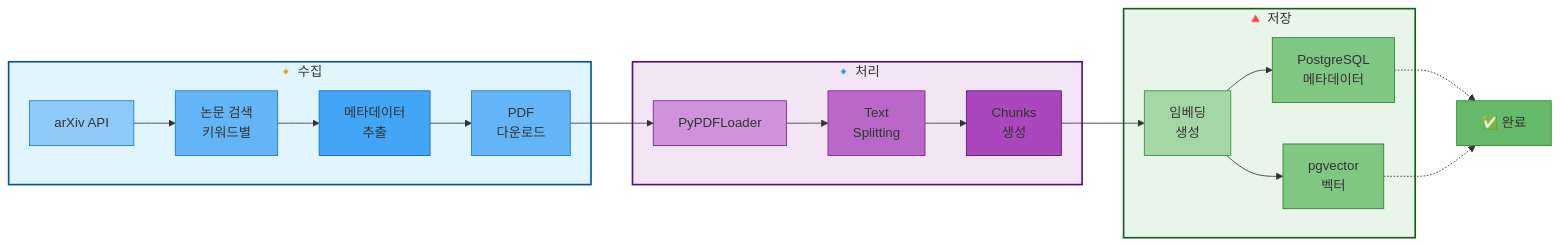
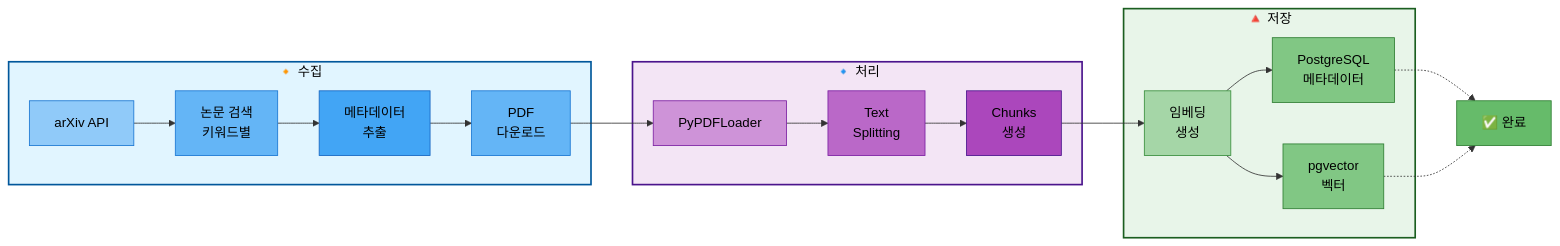
Before and after one commit to woghd8503/langchainproject-new-langchainproject_5: the first of 2 diagrams in docs/roles/담당역할_03_박재홍_논문데이터수집.md, drawn with Mermaid. The commit also changed other lines of this file and 3 other files, not shown here.

First line of the commit message:
docs: 역할 문서의 mermaid 다이어그램 텍스트 색상을 검정으로 통일

````diff
--- a/docs/roles/담당역할_03_박재홍_논문데이터수집.md
+++ b/docs/roles/담당역할_03_박재홍_논문데이터수집.md
@@ -41,39 +41,39 @@
 ```mermaid
 graph LR
     subgraph Collection["🔸 수집"]
         A[arXiv API] --> B[논문 검색<br/>키워드별]
         B --> C[메타데이터<br/>추출]
         C --> D[PDF<br/>다운로드]
     end
 
     subgraph Processing["🔹 처리"]
         D --> E[PyPDFLoader]
         E --> F[Text<br/>Splitting]
         F --> G[Chunks<br/>생성]
     end
 
     subgraph Storage["🔺 저장"]
         G --> H[임베딩<br/>생성]
         H --> I1[PostgreSQL<br/>메타데이터]
         H --> I2[pgvector<br/>벡터]
     end
 
     I1 -.-> J[✅ 완료]
     I2 -.-> J
 
-    style Collection fill:#e1f5ff,stroke:#01579b,stroke-width:2px
-    style Processing fill:#f3e5f5,stroke:#4a148c,stroke-width:2px
-    style Storage fill:#e8f5e9,stroke:#1b5e20,stroke-width:2px
+    style Collection fill:#e1f5ff,stroke:#01579b,stroke-width:2px,color:#000
+    style Processing fill:#f3e5f5,stroke:#4a148c,stroke-width:2px,color:#000
+    style Storage fill:#e8f5e9,stroke:#1b5e20,stroke-width:2px,color:#000
 
-    style A fill:#90caf9,stroke:#1976d2
-    style B fill:#64b5f6,stroke:#1976d2
-    style C fill:#42a5f5,stroke:#1565c0
-    style D fill:#64b5f6,stroke:#1976d2
-    style E fill:#ce93d8,stroke:#7b1fa2
-    style F fill:#ba68c8,stroke:#7b1fa2
-    style G fill:#ab47bc,stroke:#4a148c
-    style H fill:#a5d6a7,stroke:#388e3c
-    style I1 fill:#81c784,stroke:#2e7d32
-    style I2 fill:#81c784,stroke:#2e7d32
-    style J fill:#66bb6a,stroke:#2e7d32
+    style A fill:#90caf9,stroke:#1976d2,color:#000
+    style B fill:#64b5f6,stroke:#1976d2,color:#000
+    style C fill:#42a5f5,stroke:#1565c0,color:#000
+    style D fill:#64b5f6,stroke:#1976d2,color:#000
+    style E fill:#ce93d8,stroke:#7b1fa2,color:#000
+    style F fill:#ba68c8,stroke:#7b1fa2,color:#000
+    style G fill:#ab47bc,stroke:#4a148c,color:#000
+    style H fill:#a5d6a7,stroke:#388e3c,color:#000
+    style I1 fill:#81c784,stroke:#2e7d32,color:#000
+    style I2 fill:#81c784,stroke:#2e7d32,color:#000
+    style J fill:#66bb6a,stroke:#2e7d32,color:#000
 ```
````
